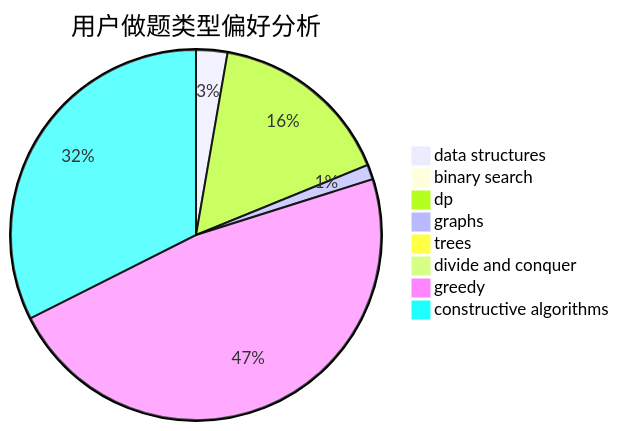
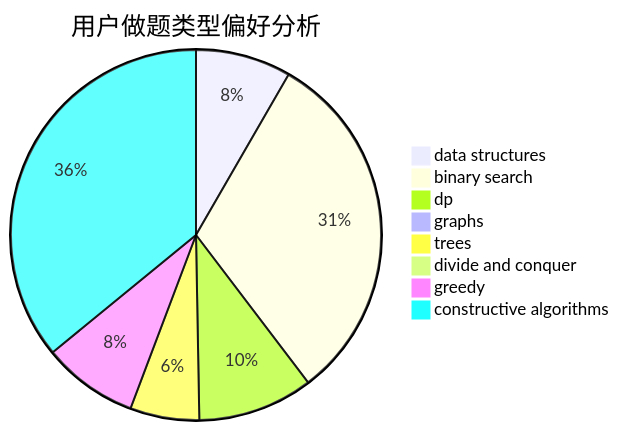
The second of 3 diagrams in docs/user/u973.md (sherpahu/cfrs.github.io), drawn with Mermaid before and after one commit. The commit also changed other lines of this file and 2770 other files, not shown here.

````diff
--- a/docs/user/u973.md
+++ b/docs/user/u973.md
@@ -23,11 +23,11 @@
 ```mermaid
 pie title 用户做题类型偏好分析
-    "data structures" :  38
-    "binary search" :  5
-    "dp" :  224
-    "graphs" :  18
-    "trees" :  4
+    "data structures" :  29
+    "binary search" :  109
+    "dp" :  35
+    "graphs" :  0
+    "trees" :  21
     "divide and conquer" :  0
-    "greedy" :  660
-    "constructive algorithms" :  451
+    "greedy" :  29
+    "constructive algorithms" :  125
 ```
````
